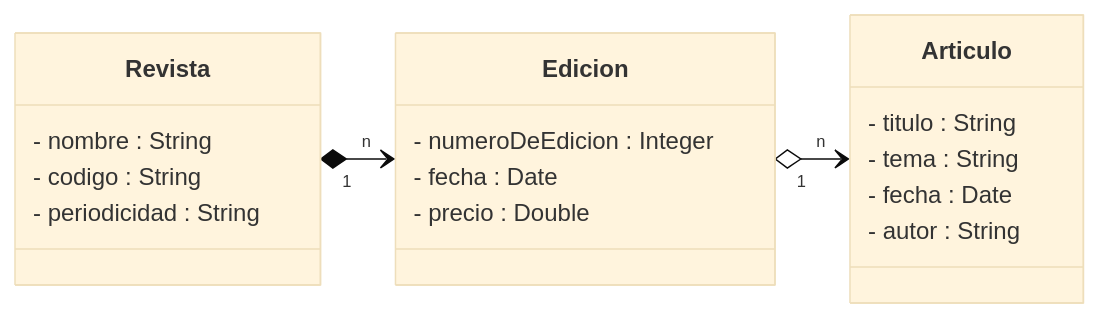
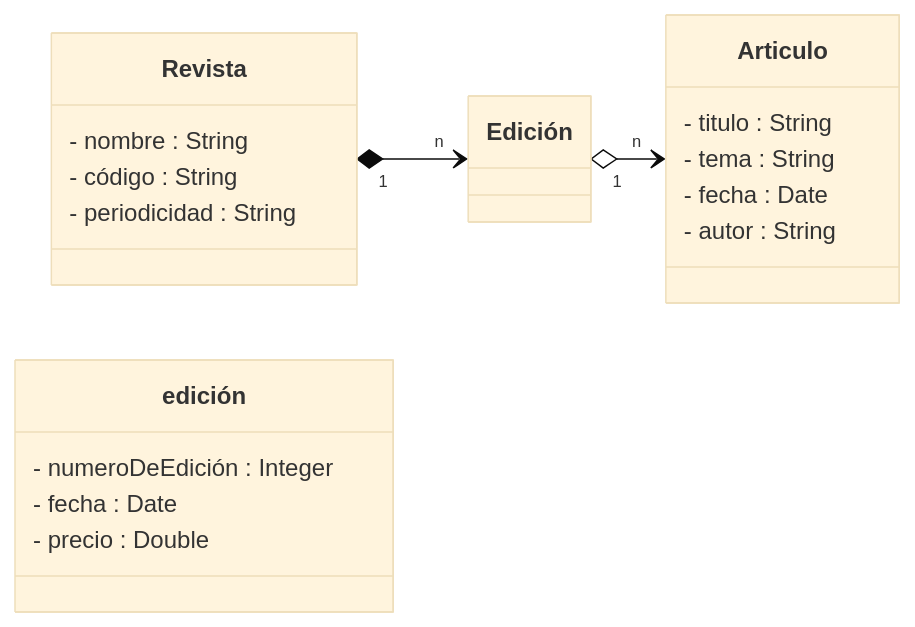
Diagram 11 of 20 in programacion_orientada_a_objetos/poo.md (PaulaLucero2021/course_digitalhouse), drawn with Mermaid (base theme) before and after one commit. The commit also changed other lines of this file and 23 other files, not shown here.

````diff
--- a/programacion_orientada_a_objetos/poo.md
+++ b/programacion_orientada_a_objetos/poo.md
@@ -2475,22 +2785,22 @@
 ```mermaid
 classDiagram
   direction LR
   class Revista {
     - nombre : String
-    - codigo : String
+    - código : String
     - periodicidad : String
   }
-  class Edicion{
-    - numeroDeEdicion : Integer
+  class edición{
+    - numeroDeEdición : Integer
     - fecha : Date
     - precio : Double
   }
   class Articulo{
     - titulo : String
     - tema : String
     - fecha : Date
     - autor : String
   }
-  Revista "1" *--> "n" Edicion
-  Edicion "1" o--> "n"Articulo
+  Revista "1" *--> "n" Edición
+  Edición "1" o--> "n"Articulo
 ```
````
